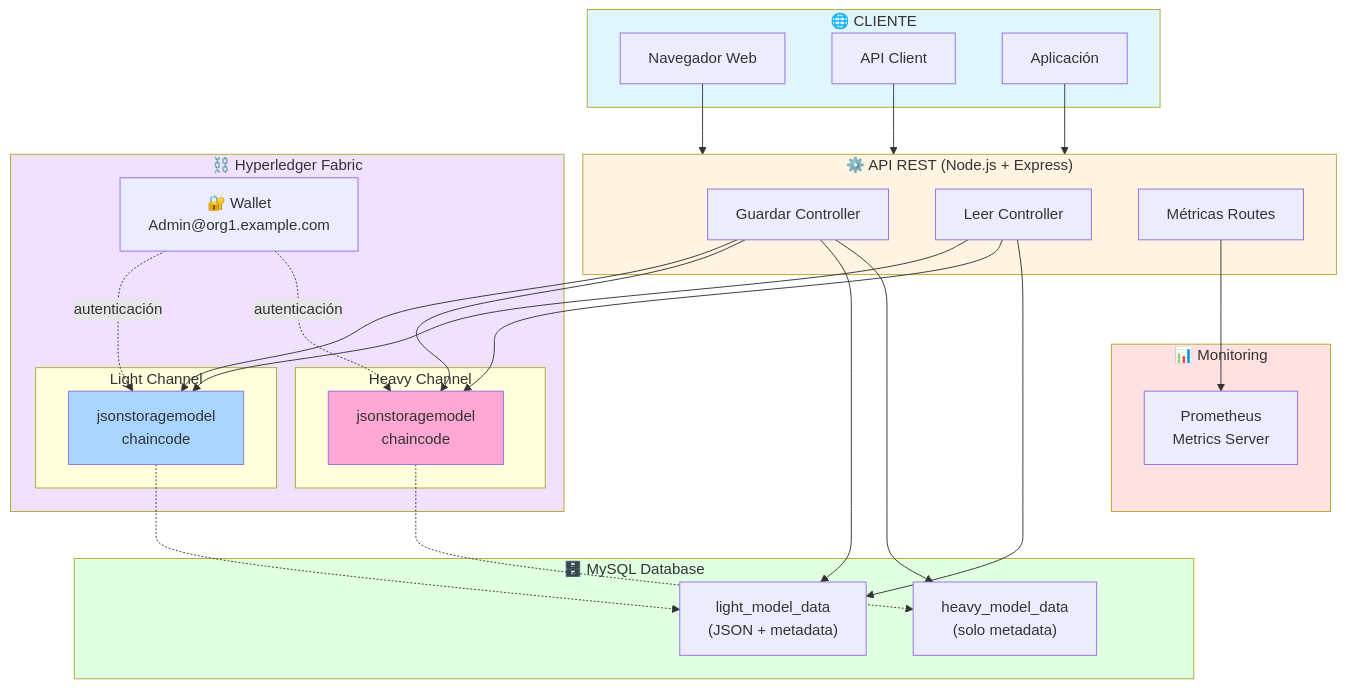
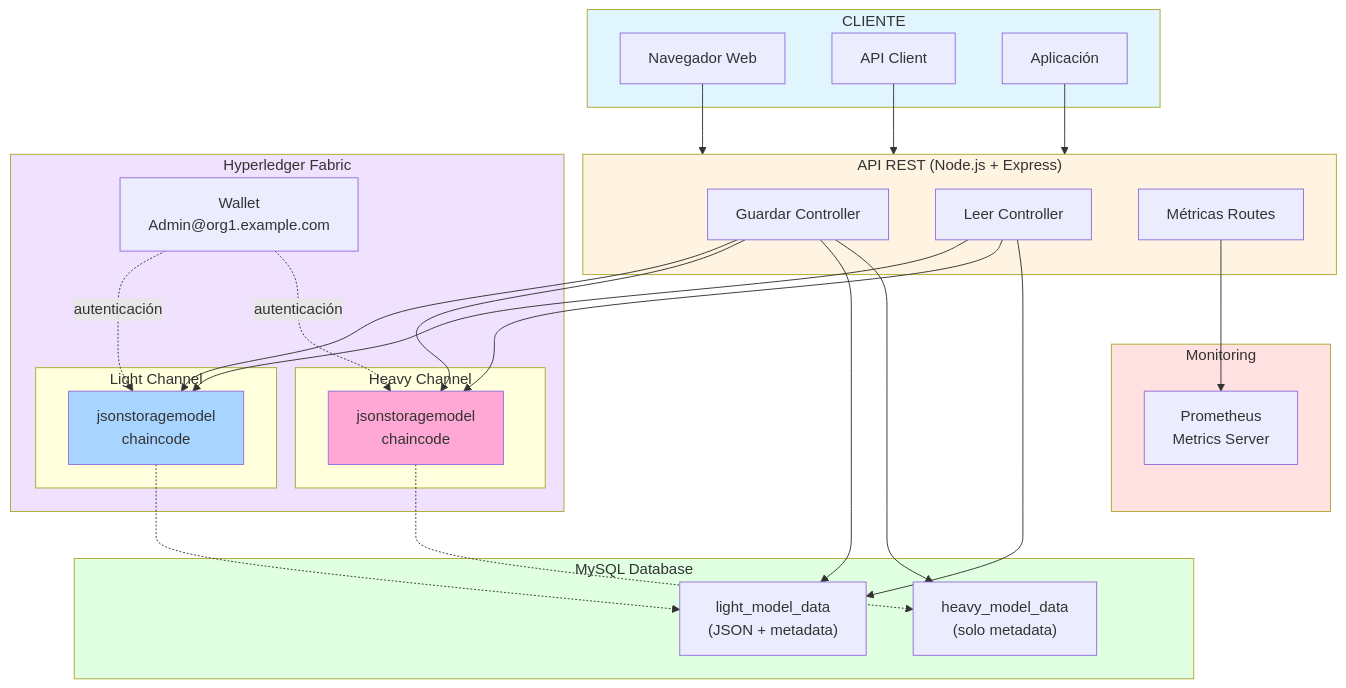
Before and after one commit to GSYAtools/blockchain-api: the diagram in docs/mermaid/arquitectura-sistema.mmd, drawn with Mermaid. The commit also changed other lines of this file and 18 other files, not shown here.

First line of the commit message:
Update architecture and flow diagrams in docs

```diff
--- a/docs/mermaid/arquitectura-sistema.mmd
+++ b/docs/mermaid/arquitectura-sistema.mmd
@@ -1,61 +1,61 @@
 %%{init: {'theme':'default'}}%%
 graph TB
-    subgraph Cliente["🌐 CLIENTE"]
+    subgraph Cliente["CLIENTE"]
         Browser["Navegador Web"]
         APIClient["API Client"]
         App["Aplicación"]
     end
     
-    subgraph API["⚙️ API REST (Node.js + Express)"]
+    subgraph API["API REST (Node.js + Express)"]
         GuardarCtrl["Guardar Controller"]
         LeerCtrl["Leer Controller"]
         MetricsRoute["Métricas Routes"]
     end
     
-    subgraph Fabric["⛓️ Hyperledger Fabric"]
+    subgraph Fabric["Hyperledger Fabric"]
         subgraph LightCh["Light Channel"]
             LightCC["jsonstoragemodel<br/>chaincode"]
         end
         subgraph HeavyCh["Heavy Channel"]
             HeavyCC["jsonstoragemodel<br/>chaincode"]
         end
-        Wallet["🔐 Wallet<br/>Admin@org1.example.com"]
+        Wallet["Wallet<br/>Admin@org1.example.com"]
     end
     
-    subgraph DB["🗄️ MySQL Database"]
+    subgraph DB["MySQL Database"]
         LightTable["light_model_data<br/>(JSON + metadata)"]
         HeavyTable["heavy_model_data<br/>(solo metadata)"]
     end
     
-    subgraph Monitoring["📊 Monitoring"]
+    subgraph Monitoring["Monitoring"]
         Prometheus["Prometheus<br/>Metrics Server"]
     end
     
     Browser --> API
     APIClient --> API
     App --> API
     
     GuardarCtrl --> LightCC
     GuardarCtrl --> HeavyCC
     GuardarCtrl --> LightTable
     GuardarCtrl --> HeavyTable
     
     LeerCtrl --> LightCC
     LeerCtrl --> HeavyCC
     LeerCtrl --> LightTable
     
     MetricsRoute --> Prometheus
     
     LightCC -.-> LightTable
     HeavyCC -.-> HeavyTable
     
     Wallet -.autenticación.-> LightCC
     Wallet -.autenticación.-> HeavyCC
     
     style Cliente fill:#e1f5ff
     style API fill:#fff4e1
     style Fabric fill:#f0e1ff
     style DB fill:#e1ffe1
     style Monitoring fill:#ffe1e1
     style LightCC fill:#a8d5ff
     style HeavyCC fill:#ffa8d5
```
